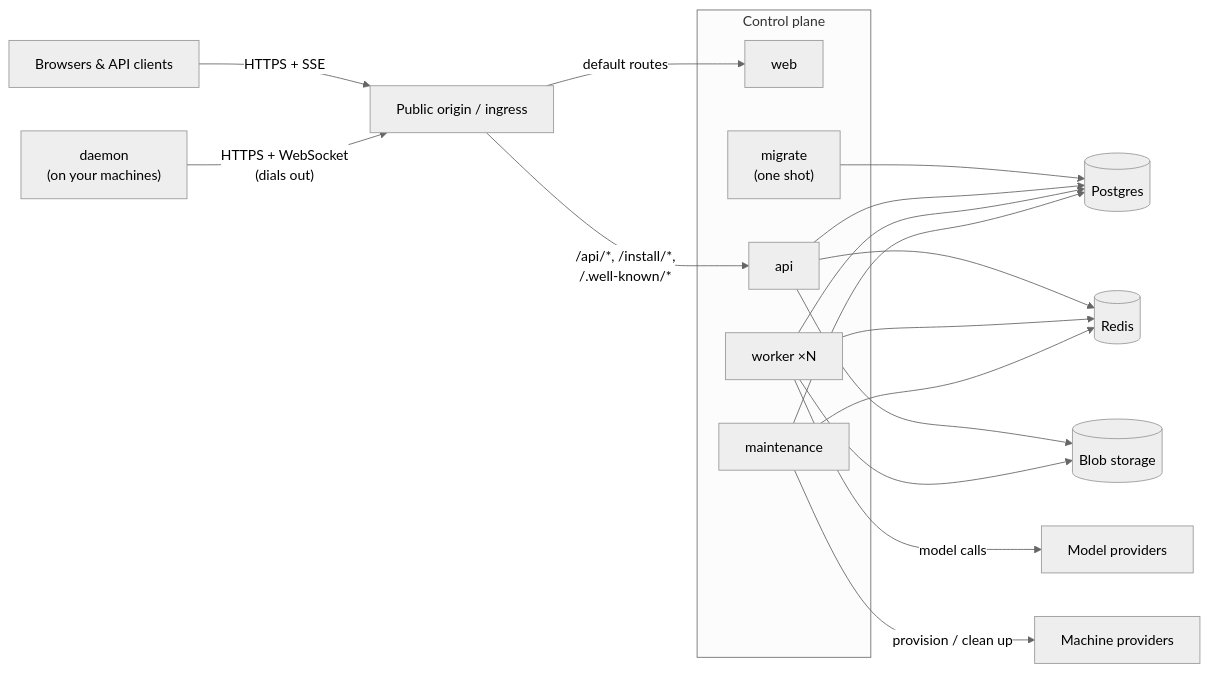
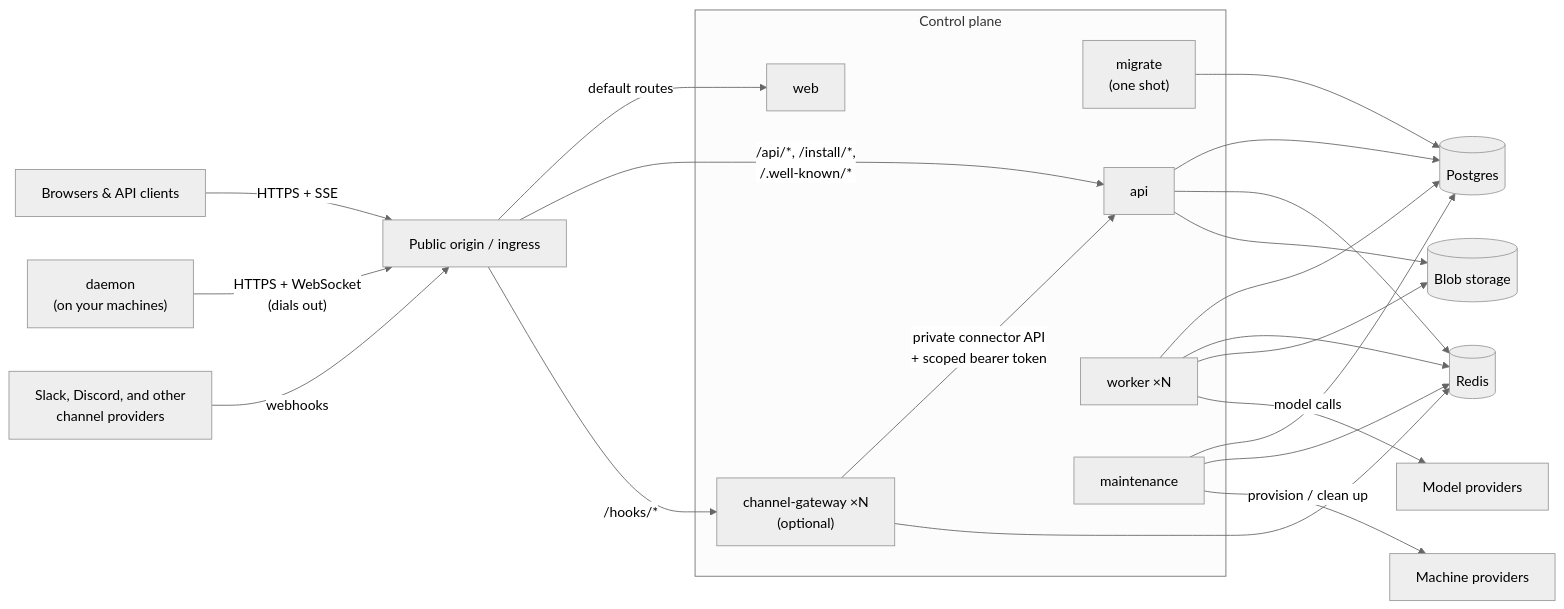
One commit to omnara-ai/omnara changed the diagram in docs/self-hosting/architecture.mdx. Above: the diagram before and after it, drawn with Mermaid (neutral theme). The commit also changed other lines of this file and 218 other files, not shown here.

````diff
--- a/docs/self-hosting/architecture.mdx
+++ b/docs/self-hosting/architecture.mdx
@@ -7,27 +7,32 @@
 ```mermaid
 flowchart LR
   clients["Browsers & API clients"] -- "HTTPS + SSE" --> ingress["Public origin / ingress"]
   daemon["daemon<br/>(on your machines)"] -- "HTTPS + WebSocket<br/>(dials out)" --> ingress
+  channels["Slack, Discord, and other<br/>channel providers"] -- "webhooks" --> ingress
 
   subgraph cp["Control plane"]
     web["web"]
     migrate["migrate<br/>(one shot)"]
     api["api"]
     worker["worker ×N"]
     maintenance["maintenance"]
+    channelGateway["channel-gateway ×N<br/>(optional)"]
   end
 
   ingress -- "default routes" --> web
   ingress -- "/api/*, /install/*,<br/>/.well-known/*" --> api
+  ingress -- "/hooks/*" --> channelGateway
+  channelGateway -- "private connector API<br/>+ scoped bearer token" --> api
+  channelGateway --> redis
   migrate --> pg[("Postgres")]
   api --> pg
   api --> redis[("Redis")]
   api --> blob[("Blob storage")]
   worker --> pg
   worker --> redis
   worker --> blob
   worker -- "model calls" --> providers["Model providers"]
   maintenance --> pg
   maintenance --> redis
   maintenance -- "provision / clean up" --> mp["Machine providers"]
 ```
````
